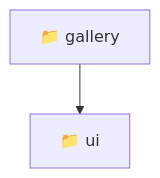
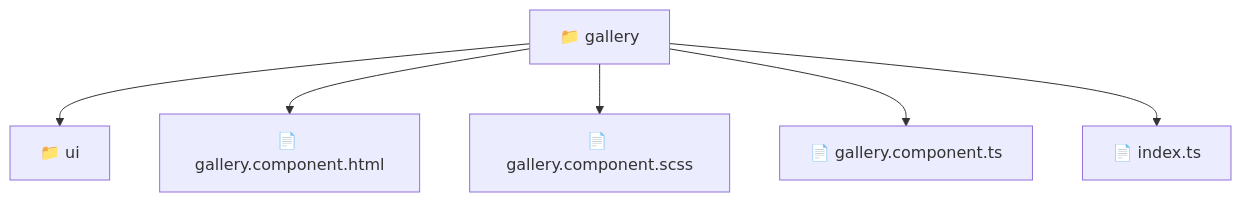
The diagram in frontend/src/pages/gallery/README.md (beginwebdev2002/fullstack-mavluda), drawn with Mermaid before and after one commit. The commit also changed other lines of this file and 157 other files, not shown here.

First line of the commit message:
docs: generate localized readmes for architectural transparency

````diff
--- a/frontend/src/pages/gallery/README.md
+++ b/frontend/src/pages/gallery/README.md
@@ -11,5 +11,9 @@
 ```mermaid
 graph TD
   gallery["📁 gallery"]
-  gallery --> ui["📁 ui"]
+  gallery --> gallery_ui["📁 ui"]
+  gallery --> gallery_gallery_component_html["📄 gallery.component.html"]
+  gallery --> gallery_gallery_component_scss["📄 gallery.component.scss"]
+  gallery --> gallery_gallery_component_ts["📄 gallery.component.ts"]
+  gallery --> gallery_index_ts["📄 index.ts"]
 ```
````
